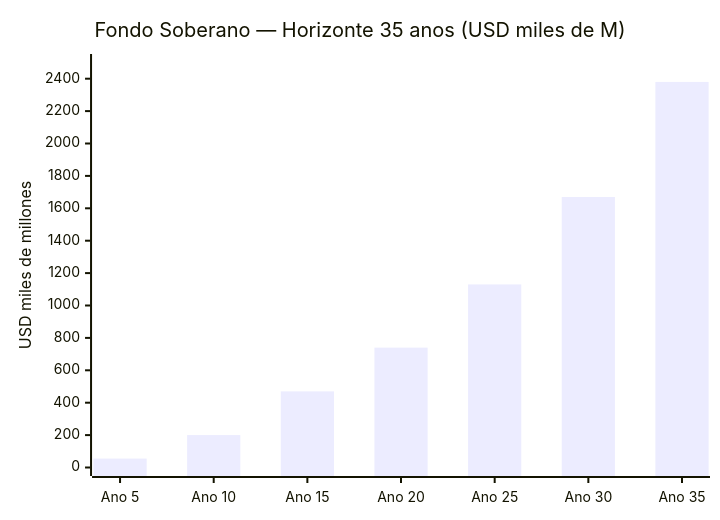
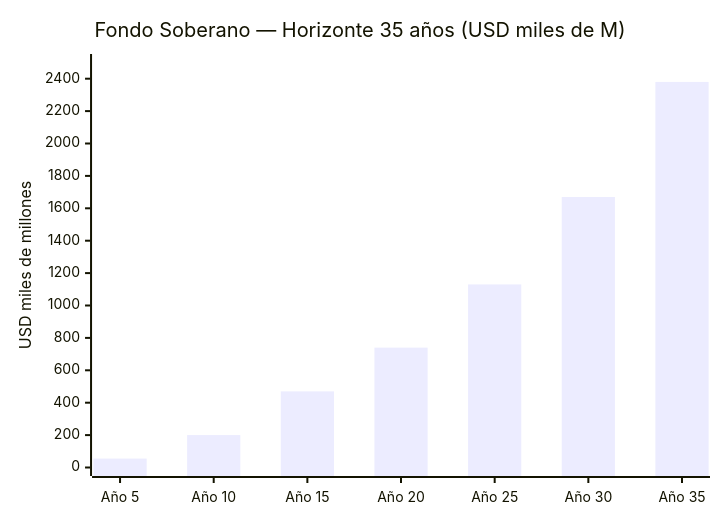
The fifth of 10 diagrams in docs/07-ejecucion/el-sueno.md (Venezuela-S-A/venezuela-sa), drawn with Mermaid before and after one commit. The commit also changed other lines of this file and 127 other files, not shown here.

````diff
--- a/docs/07-ejecucion/el-sueno.md
+++ b/docs/07-ejecucion/el-sueno.md
@@ -424,7 +457,7 @@
 ```mermaid
 xychart-beta
-    title "Fondo Soberano — Horizonte 35 anos (USD miles de M)"
-    x-axis ["Ano 5", "Ano 10", "Ano 15", "Ano 20", "Ano 25", "Ano 30", "Ano 35"]
+    title "Fondo Soberano — Horizonte 35 años (USD miles de M)"
+    x-axis ["Año 5", "Año 10", "Año 15", "Año 20", "Año 25", "Año 30", "Año 35"]
     y-axis "USD miles de millones" 0 --> 2500
     bar [55, 200, 470, 740, 1130, 1670, 2380]
 ```
````
